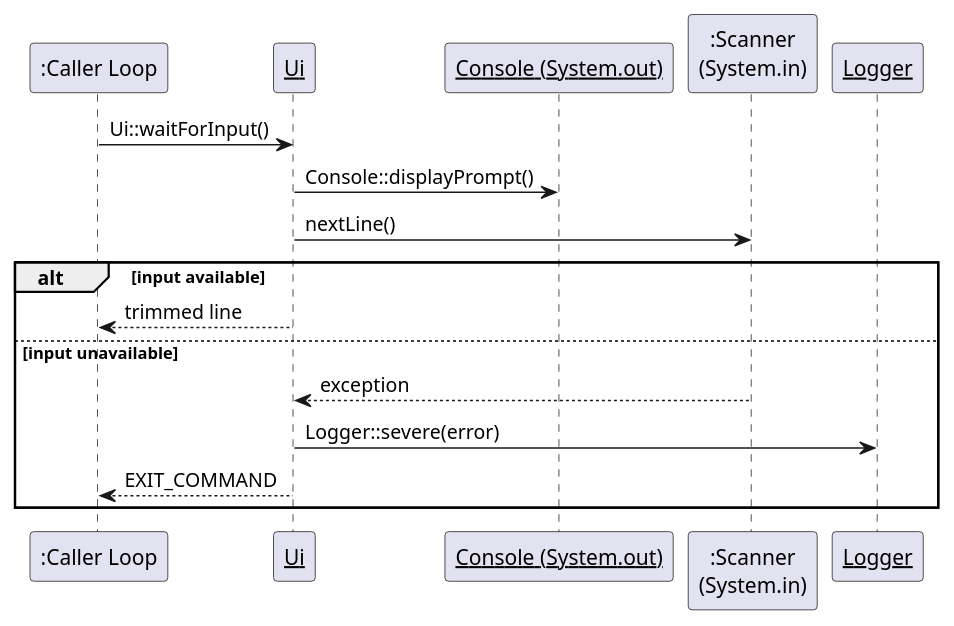
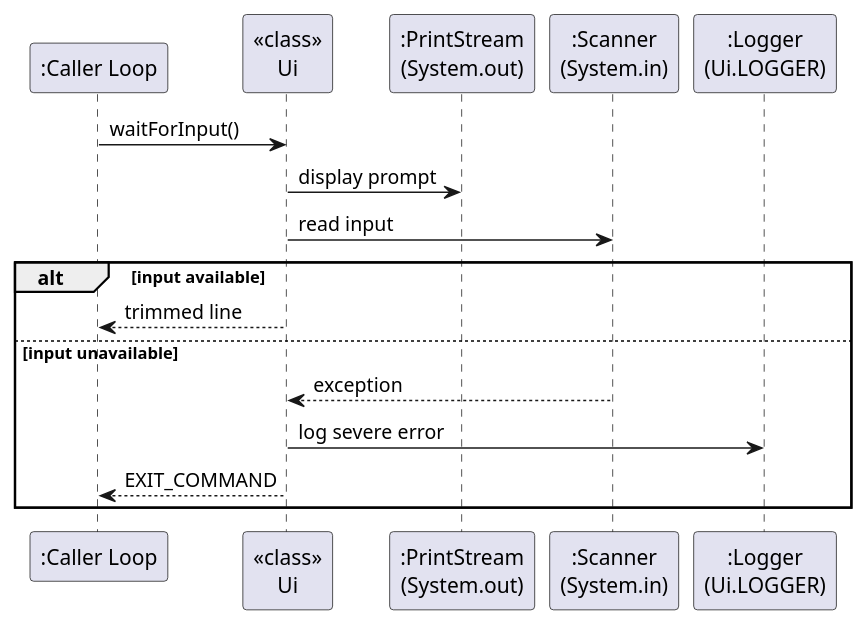
The diagram in docs/diagrams/UiInputCycle.puml (AY2526S1-CS2113-W12-4/tp), drawn with PlantUML before and after one commit. The commit also changed 1 other file, not shown here.

Commit message:
Fix notational error in UML diagram

```diff
--- a/docs/diagrams/UiInputCycle.puml
+++ b/docs/diagrams/UiInputCycle.puml
@@ -1,20 +1,25 @@
 @startuml UiInputCycle
 skinparam stereotypeFontStyle normal
+skinparam participant {
+  BackgroundColor<<static>> #F2F2F2
+  BorderColor<<static>> #666666
+  FontStyle<<static>> bold
+}
 
 participant ":Caller Loop" as Caller
-participant "<u>Ui</u>" as Ui
-participant "<u>Console (System.out)</u>" as Console
+participant "<<class>>\nUi" as Ui
+participant ":PrintStream\n(System.out)" as Console
 participant ":Scanner\n(System.in)" as Scanner
-participant "<u>Logger</u>" as Logger
+participant ":Logger\n(Ui.LOGGER)" as Logger
 
-Caller -> Ui : Ui::waitForInput()
-Ui -> Console : Console::displayPrompt()
-Ui -> Scanner : nextLine()
+Caller -> Ui : waitForInput()
+Ui -> Console : display prompt
+Ui -> Scanner : read input
 alt input available
     Ui --> Caller : trimmed line
 else input unavailable
-    Scanner --> Ui : exception
-    Ui -> Logger : Logger::severe(error)
+    Ui <-- Scanner : exception
+    Ui -> Logger : log severe error
     Ui --> Caller : EXIT_COMMAND
 end
 @enduml
```
